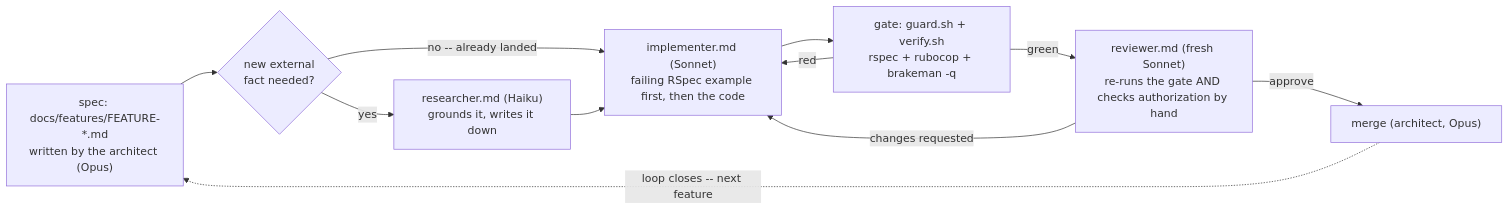
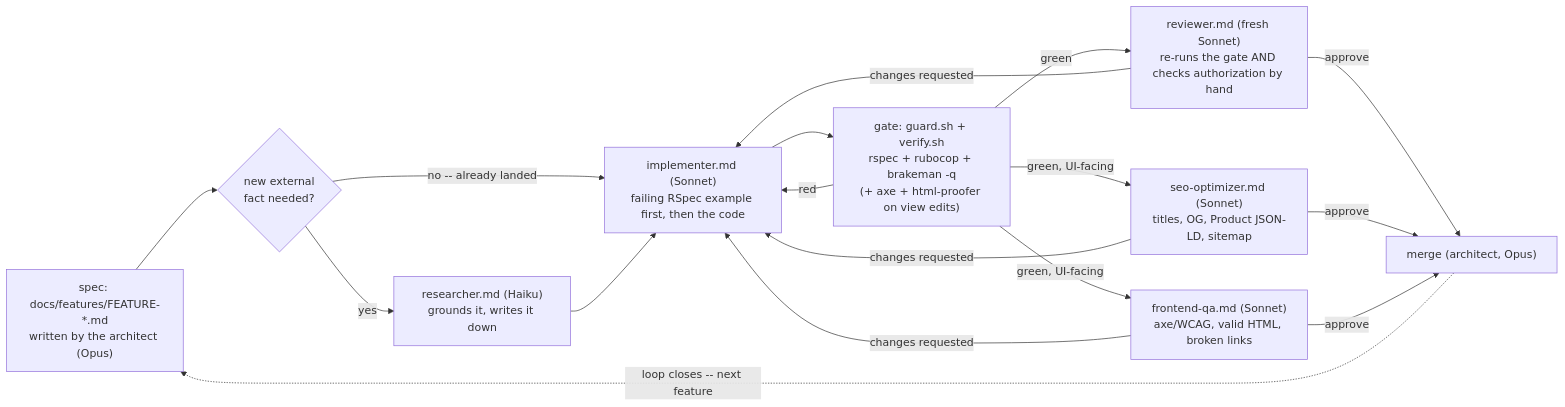
Before and after one commit to b1ck0/ds_ml_ai_starter: the second of 2 diagrams in 04-ai-assisted-sdlc/03-worked-examples/03-rails-estore-sdlc.md, drawn with Mermaid. The commit also changed other lines of this file and 32 other files, not shown here.

````diff
--- a/04-ai-assisted-sdlc/03-worked-examples/03-rails-estore-sdlc.md
+++ b/04-ai-assisted-sdlc/03-worked-examples/03-rails-estore-sdlc.md
@@ -243,13 +290,19 @@
 ```mermaid
 flowchart LR
     SPEC["spec: docs/features/FEATURE-*.md<br/>written by the architect (Opus)"] --> GROUND{"new external<br/>fact needed?"}
     GROUND -->|"yes"| RESEARCH["researcher.md (Haiku)<br/>grounds it, writes it down"]
     GROUND -->|"no -- already landed"| IMPL
     RESEARCH --> IMPL["implementer.md (Sonnet)<br/>failing RSpec example first, then the code"]
-    IMPL --> GATEBOX2["gate: guard.sh + verify.sh<br/>rspec + rubocop + brakeman -q"]
+    IMPL --> GATEBOX2["gate: guard.sh + verify.sh<br/>rspec + rubocop + brakeman -q<br/>(+ axe + html-proofer on view edits)"]
     GATEBOX2 -->|"red"| IMPL
     GATEBOX2 -->|"green"| REVIEW["reviewer.md (fresh Sonnet)<br/>re-runs the gate AND checks authorization by hand"]
+    GATEBOX2 -->|"green, UI-facing"| SEOREVIEW["seo-optimizer.md (Sonnet)<br/>titles, OG, Product JSON-LD, sitemap"]
+    GATEBOX2 -->|"green, UI-facing"| QAREVIEW["frontend-qa.md (Sonnet)<br/>axe/WCAG, valid HTML, broken links"]
     REVIEW -->|"changes requested"| IMPL
+    SEOREVIEW -->|"changes requested"| IMPL
+    QAREVIEW -->|"changes requested"| IMPL
     REVIEW -->|"approve"| MERGE["merge (architect, Opus)"]
+    SEOREVIEW -->|"approve"| MERGE
+    QAREVIEW -->|"approve"| MERGE
     MERGE -.->|"loop closes -- next feature"| SPEC
 ```
````
